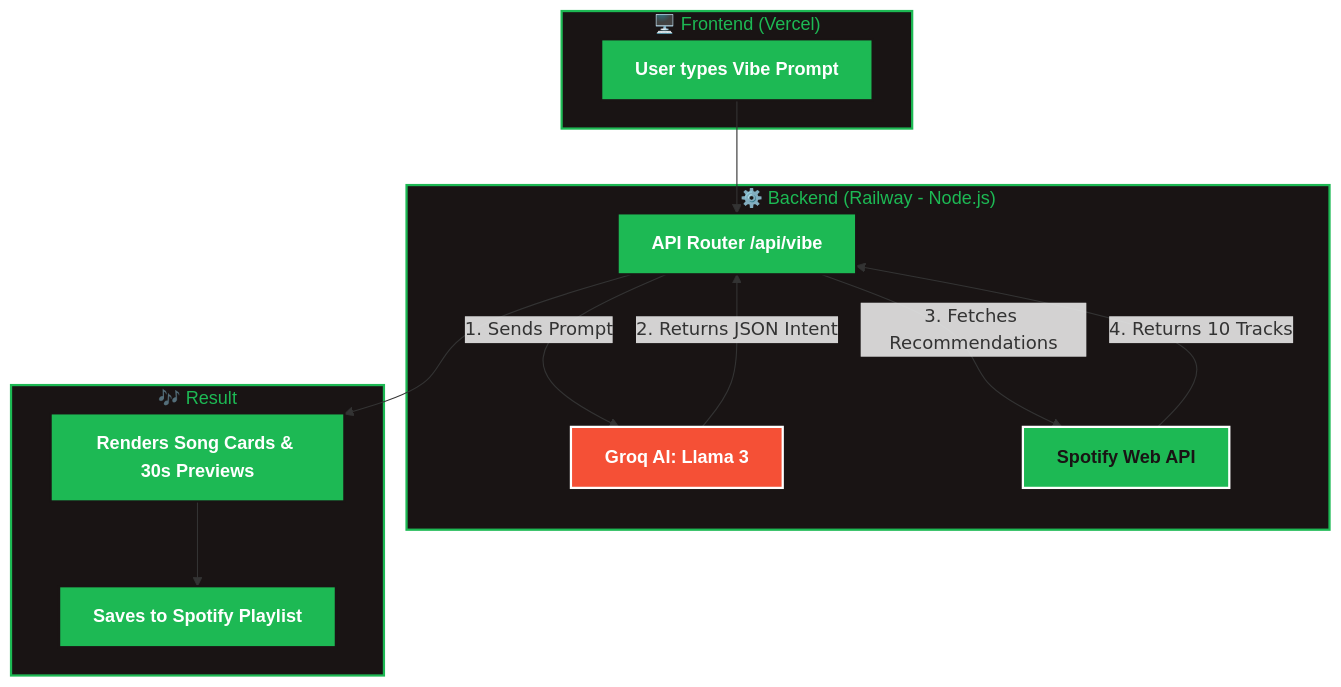
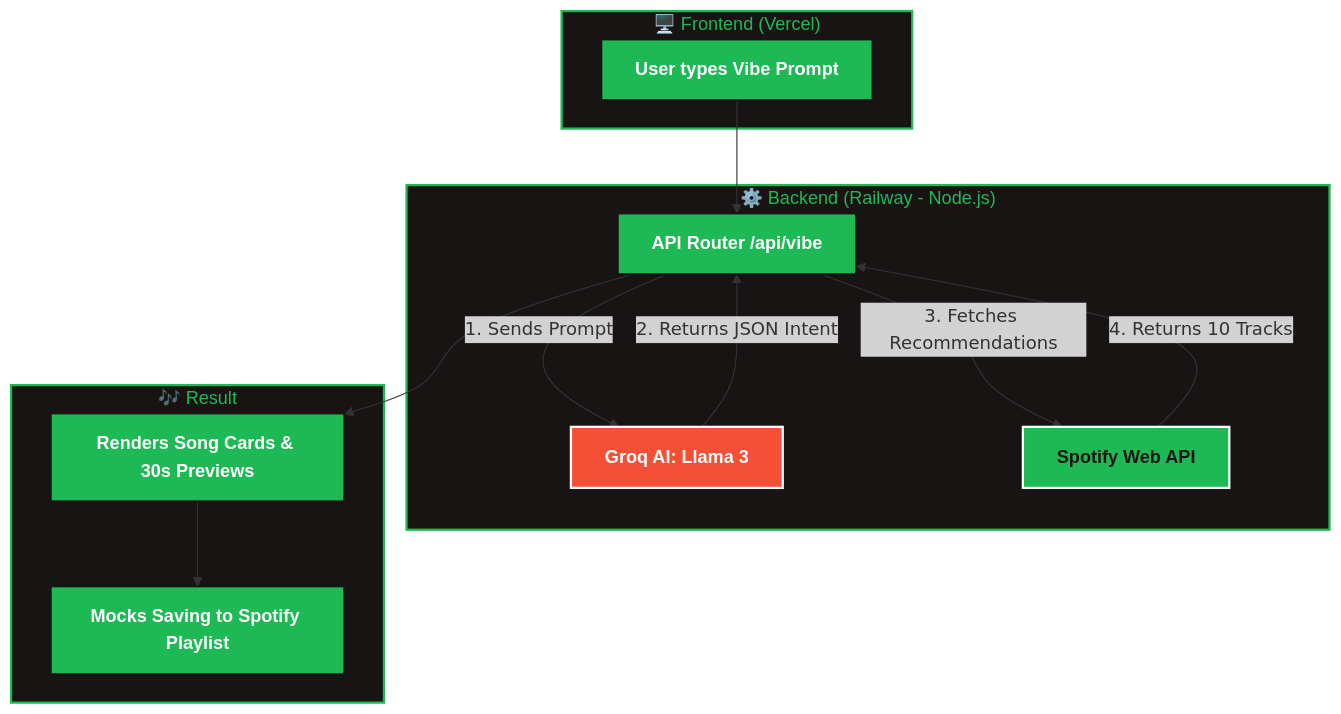
Before and after one commit to sakethsawant1-star/Milestone1: the diagram in Spotify MVP/README.md, drawn with Mermaid. The commit also changed other lines of this file, not shown here.

Commit message:
docs: mention mocked playlist generation due to API limits

````diff
--- a/Spotify MVP/README.md
+++ b/Spotify MVP/README.md
@@ -36,33 +36,33 @@
 ```mermaid
 flowchart TD
     %% Styling
     classDef default fill:#1db954,stroke:#191414,stroke-width:2px,color:#fff,font-family:sans-serif,font-weight:bold;
     classDef layer fill:#191414,stroke:#1db954,stroke-width:2px,color:#1db954,font-family:sans-serif;
     classDef highlight fill:#f55036,stroke:#fff,stroke-width:2px,color:#fff;
     classDef spotify fill:#1db954,stroke:#fff,stroke-width:2px,color:#191414,font-weight:bold;
 
     subgraph Frontend ["🖥️ Frontend (Vercel)"]
         UI[User types Vibe Prompt]
     end
 
     subgraph Backend ["⚙️ Backend (Railway - Node.js)"]
         API[API Router /api/vibe]
         
         API -->|1. Sends Prompt| LLM[Groq AI: Llama 3]:::highlight
         LLM -->|2. Returns JSON Intent| API
         
         API -->|3. Fetches Recommendations| S_API[Spotify Web API]:::spotify
         S_API -->|4. Returns 10 Tracks| API
     end
 
     subgraph Output ["🎶 Result"]
         Display[Renders Song Cards & 30s Previews]
-        Save[Saves to Spotify Playlist]
+        Save[Mocks Saving to Spotify Playlist]
     end
 
     UI --> API
     API --> Display
     Display --> Save
 
     class Frontend,Backend,Output layer;
 ```
````
